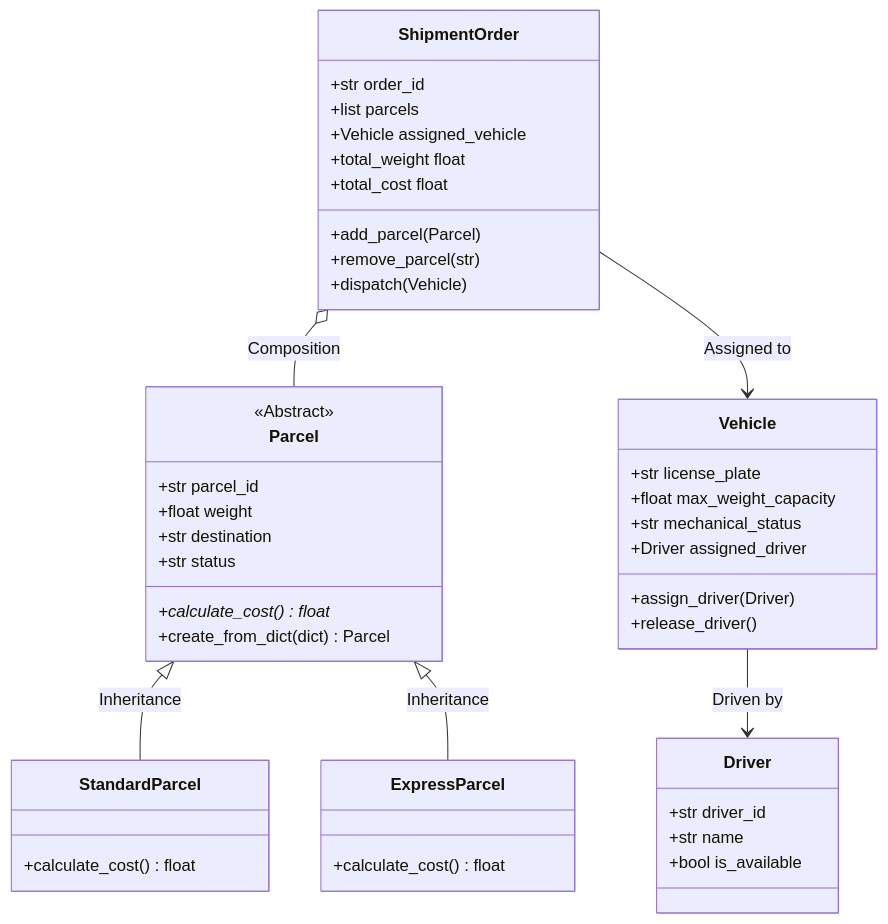
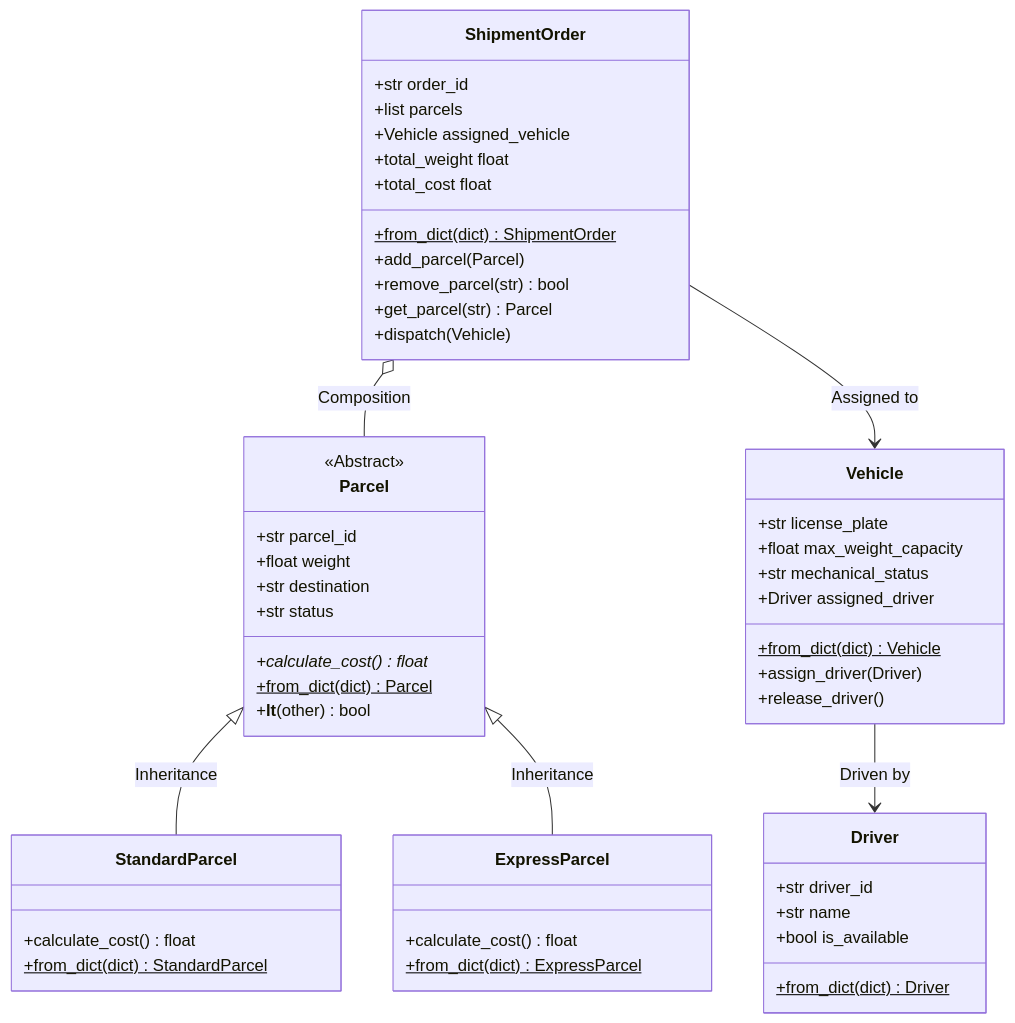
Before and after one commit to YairA-code/LogisticProj: the diagram in README.md, drawn with Mermaid. The commit also changed other lines of this file and 4 other files, not shown here.

````diff
--- a/README.md
+++ b/README.md
@@ -86,47 +102,54 @@
 ```mermaid
 classDiagram
     class Parcel {
         <<Abstract>>
         +str parcel_id
         +float weight
         +str destination
         +str status
         +calculate_cost()* float
-        +create_from_dict(dict) Parcel
+        +from_dict(dict)$ Parcel
+        +__lt__(other) bool
     }
     class StandardParcel {
         +calculate_cost() float
+        +from_dict(dict)$ StandardParcel
     }
     class ExpressParcel {
         +calculate_cost() float
+        +from_dict(dict)$ ExpressParcel
     }
     class Driver {
         +str driver_id
         +str name
         +bool is_available
+        +from_dict(dict)$ Driver
     }
     class Vehicle {
         +str license_plate
         +float max_weight_capacity
         +str mechanical_status
         +Driver assigned_driver
+        +from_dict(dict)$ Vehicle
         +assign_driver(Driver)
         +release_driver()
     }
     class ShipmentOrder {
         +str order_id
         +list parcels
         +Vehicle assigned_vehicle
+        +from_dict(dict)$ ShipmentOrder
         +add_parcel(Parcel)
-        +remove_parcel(str)
+        +remove_parcel(str) bool
+        +get_parcel(str) Parcel
         +total_weight float
         +total_cost float
         +dispatch(Vehicle)
     }
 
     Parcel <|-- StandardParcel : Inheritance
     Parcel <|-- ExpressParcel : Inheritance
     ShipmentOrder o-- Parcel : Composition
     ShipmentOrder --> Vehicle : Assigned to
     Vehicle --> Driver : Driven by
 ```
````
